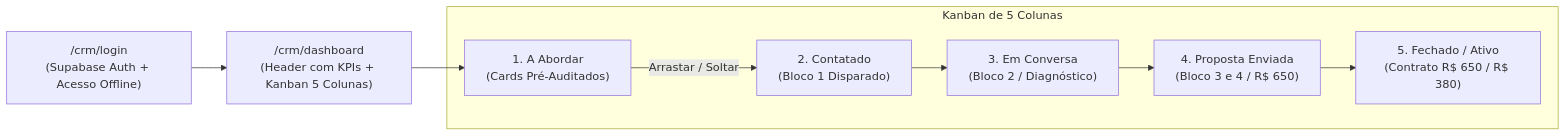
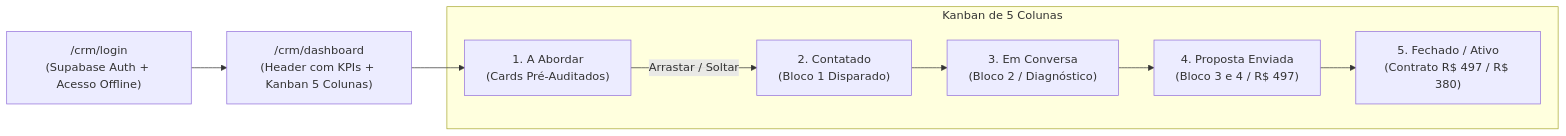
One commit to leoferrazdev/leonardo-brasil changed the first of 2 diagrams in cofre-leonardo-brasil/30 - Comercial e CRM/03 - CRM e Leads/Sistema CRM Local e Manual Operacional.md. Above: the diagram before and after it, drawn with Mermaid. The commit also changed other lines of this file and 11 other files, not shown here.

````diff
--- a/cofre-leonardo-brasil/30 - Comercial e CRM/03 - CRM e Leads/Sistema CRM Local e Manual Operacional.md
+++ b/cofre-leonardo-brasil/30 - Comercial e CRM/03 - CRM e Leads/Sistema CRM Local e Manual Operacional.md
@@ -30,18 +30,18 @@
 ```mermaid
 flowchart LR
     L["/crm/login<br>(Supabase Auth + Acesso Offline)"] --> D["/crm/dashboard<br>(Header com KPIs + Kanban 5 Colunas)"]
     
     subgraph Kanban de 5 Colunas
         C1["1. A Abordar<br>(Cards Pré-Auditados)"]
         C2["2. Contatado<br>(Bloco 1 Disparado)"]
         C3["3. Em Conversa<br>(Bloco 2 / Diagnóstico)"]
-        C4["4. Proposta Enviada<br>(Bloco 3 e 4 / R$ 650)"]
-        C5["5. Fechado / Ativo<br>(Contrato R$ 650 / R$ 380)"]
+        C4["4. Proposta Enviada<br>(Bloco 3 e 4 / R$ 497)"]
+        C5["5. Fechado / Ativo<br>(Contrato R$ 497 / R$ 380)"]
     end
     
     D --> C1
     C1 -->|Arrastar / Soltar| C2
     C2 --> C3
     C3 --> C4
     C4 --> C5
 ```
````
